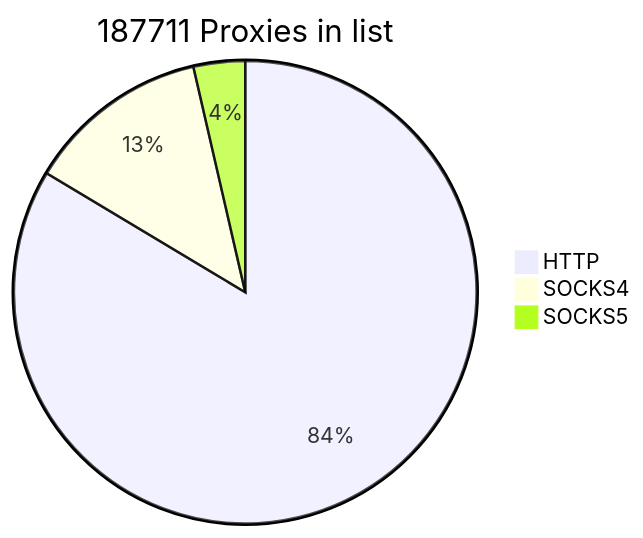
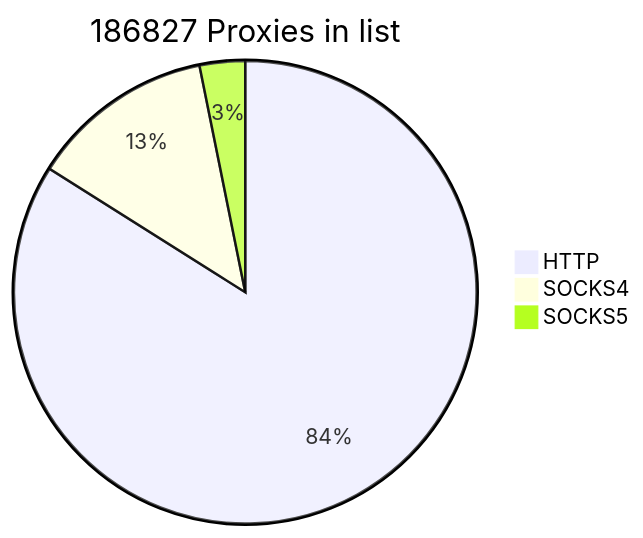
The first of 2 diagrams in README.md (cutipu/proxylist), drawn with Mermaid before and after one commit. The commit also changed other lines of this file, not shown here.

````diff
--- a/README.md
+++ b/README.md
@@ -2,7 +2,7 @@
 ```mermaid
-pie title 187711 Proxies in list
-    "HTTP" : 156908
-    "SOCKS4" : 24045
-    "SOCKS5" : 6758
+pie title 186827 Proxies in list
+    "HTTP" : 156853
+    "SOCKS4" : 24044
+    "SOCKS5" : 5930
             
 ```
````
